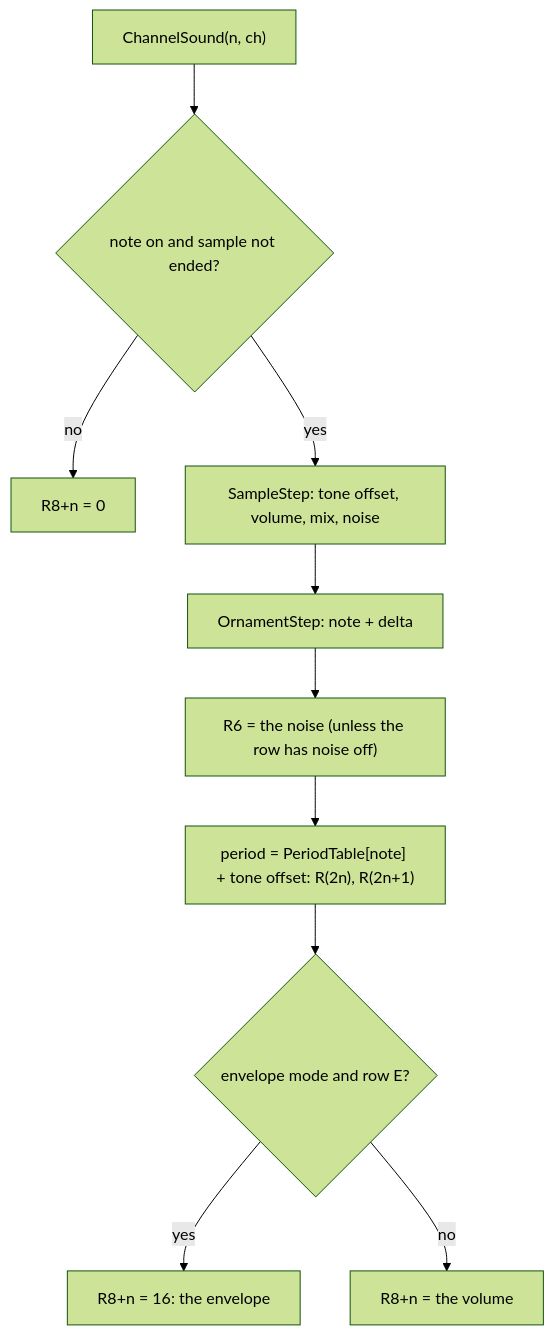
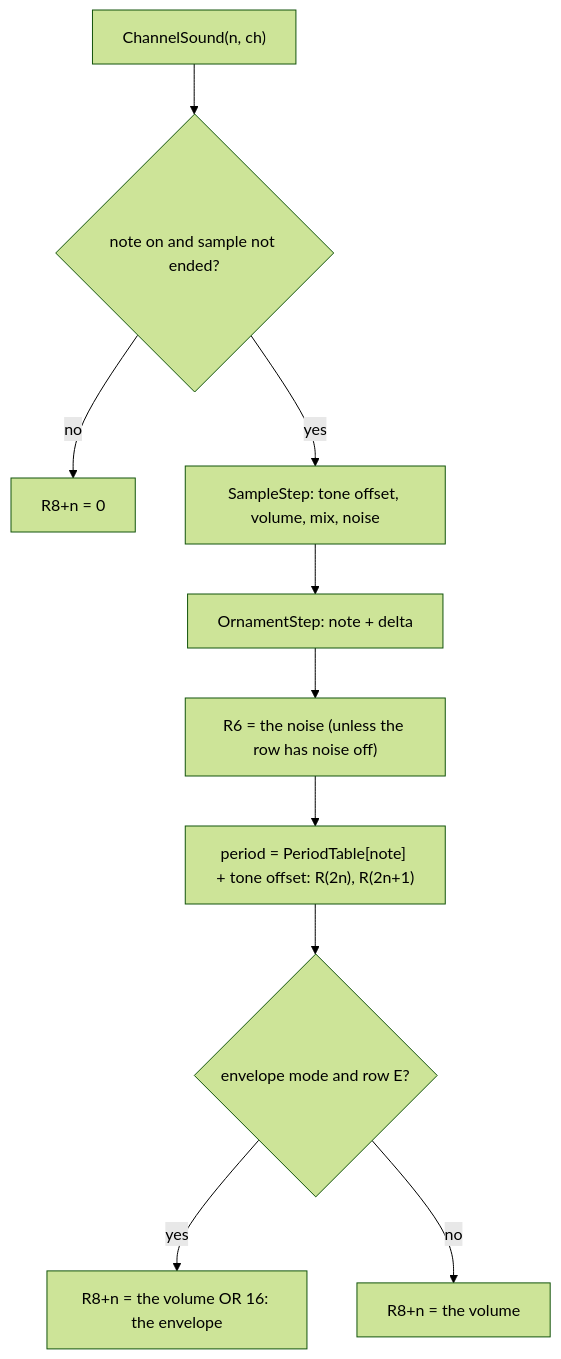
One commit to alfishe/unrealng-reverse-cases changed the seventh of 9 diagrams in software/zyx-boot/docs/09-music-and-sound.md. Above: the diagram before and after it, drawn with Mermaid (forest theme). The commit also changed other lines of this file and 45 other files, not shown here.

````diff
--- a/software/zyx-boot/docs/09-music-and-sound.md
+++ b/software/zyx-boot/docs/09-music-and-sound.md
@@ -591,12 +701,12 @@
 ```mermaid
 flowchart TD
     CS["ChannelSound(n, ch)"] --> ON{"note on and sample not ended?"}
     ON -->|"no"| V0["R8+n = 0"]
     ON -->|"yes"| SS["SampleStep: tone offset, volume, mix, noise"]
     SS --> OS["OrnamentStep: note + delta"]
     OS --> NZ["R6 = the noise (unless the row has noise off)"]
     NZ --> PER["period = PeriodTable[note] + tone offset: R(2n), R(2n+1)"]
     PER --> ENV{"envelope mode and row E?"}
-    ENV -->|"yes"| VE["R8+n = 16: the envelope"]
+    ENV -->|"yes"| VE["R8+n = the volume OR 16: the envelope"]
     ENV -->|"no"| VV["R8+n = the volume"]
 ```
````
